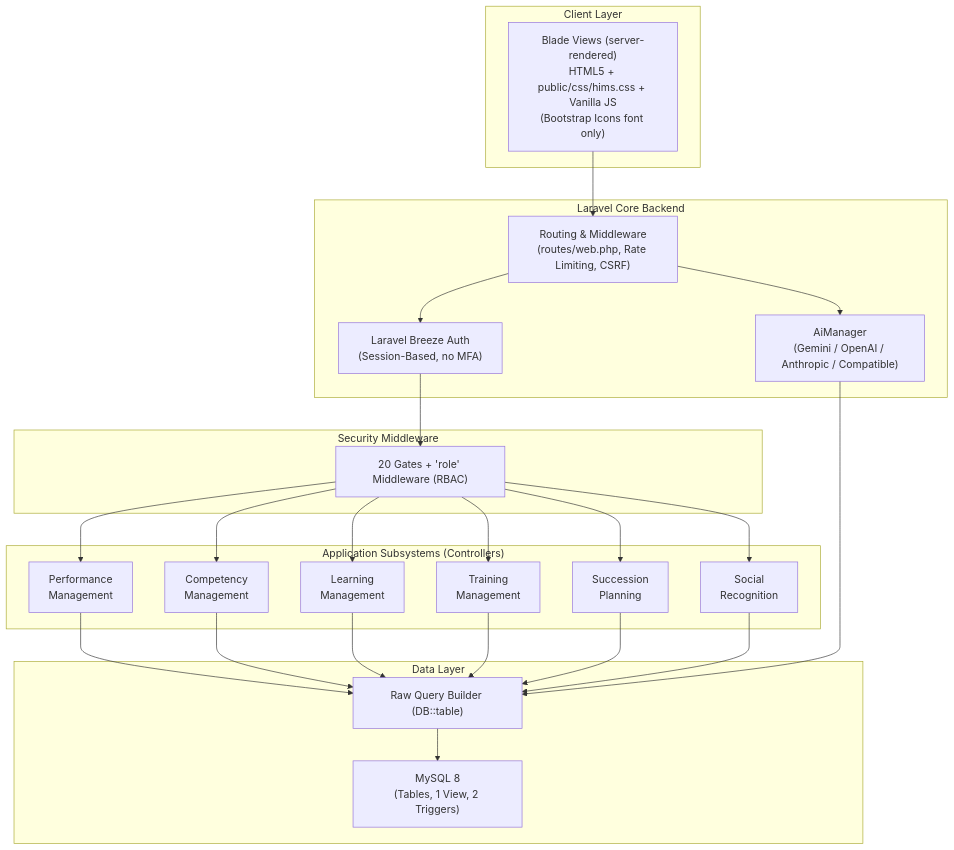
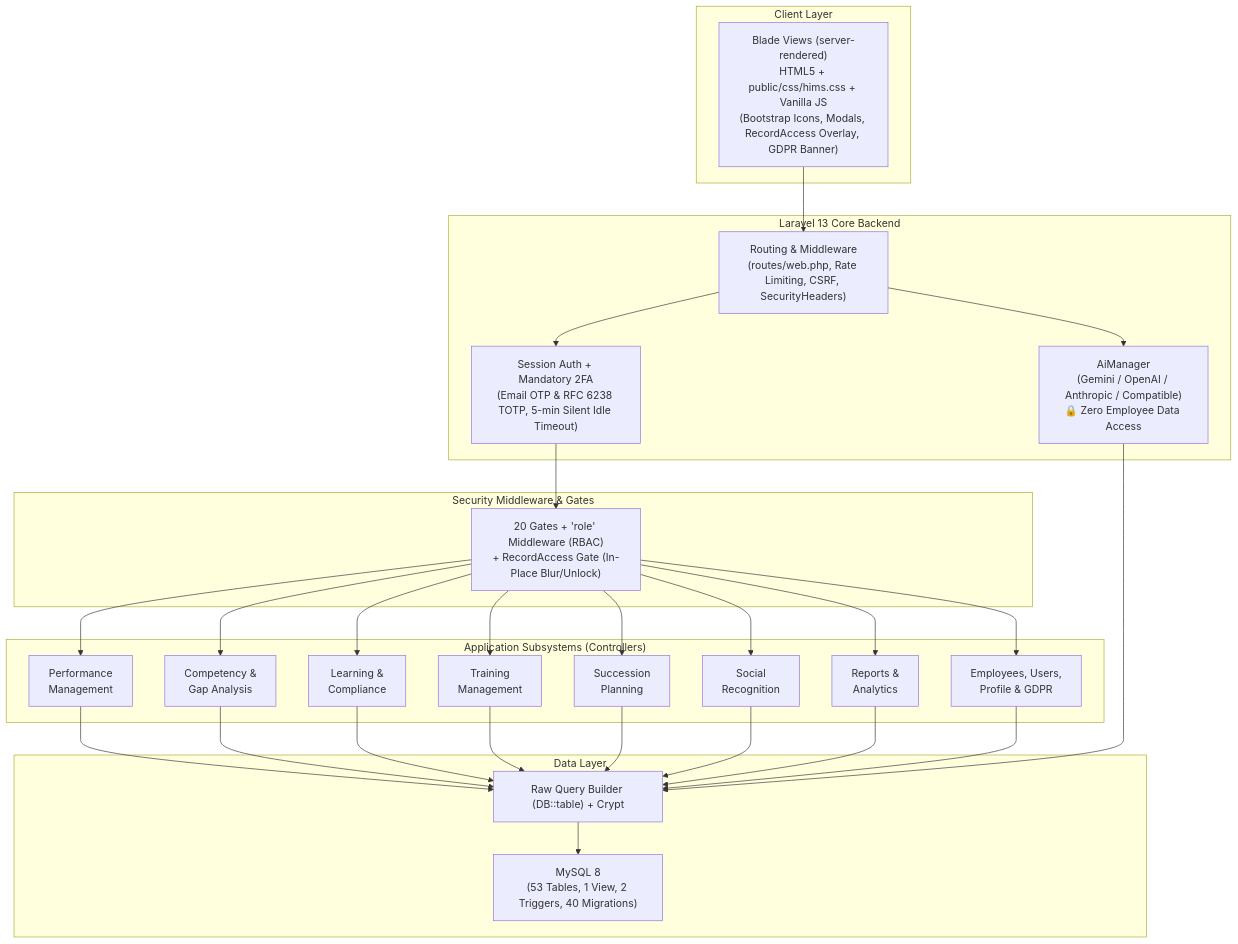
Before and after one commit to shikabane277/HIMS-v2: the first of 3 diagrams in HIMS_SYSTEM_DOCUMENTATION.md, drawn with Mermaid. The commit also changed other lines of this file and 5 other files, not shown here.

Commit message:
docs: synchronize architecture diagrams, ER diagram, security flows, and documentation for v2.6.0

````diff
--- a/HIMS_SYSTEM_DOCUMENTATION.md
+++ b/HIMS_SYSTEM_DOCUMENTATION.md
@@ -21,39 +21,41 @@
 ```mermaid
 graph TB
     subgraph "Client Layer"
-        SPA["Blade Views (server-rendered)<br/>HTML5 + public/css/hims.css + Vanilla JS<br/>(Bootstrap Icons font only)"]
+        SPA["Blade Views (server-rendered)<br/>HTML5 + public/css/hims.css + Vanilla JS<br/>(Bootstrap Icons, Modals, RecordAccess Overlay, GDPR Banner)"]
     end
 
-    subgraph "Laravel Core Backend"
-        GW["Routing & Middleware<br/>(routes/web.php, Rate Limiting, CSRF)"]
-        AUTH["Laravel Breeze Auth<br/>(Session-Based, no MFA)"]
-        INTEG["AiManager<br/>(Gemini / OpenAI / Anthropic / Compatible)"]
+    subgraph "Laravel 13 Core Backend"
+        GW["Routing & Middleware<br/>(routes/web.php, Rate Limiting, CSRF, SecurityHeaders)"]
+        AUTH["Session Auth + Mandatory 2FA<br/>(Email OTP & RFC 6238 TOTP, 5-min Silent Idle Timeout)"]
+        INTEG["AiManager<br/>(Gemini / OpenAI / Anthropic / Compatible)<br/>🔒 Zero Employee Data Access"]
     end
 
     subgraph "Application Subsystems (Controllers)"
         PM["Performance<br/>Management"]
-        CM["Competency<br/>Management"]
-        LM["Learning<br/>Management"]
+        CM["Competency &<br/>Gap Analysis"]
+        LM["Learning &<br/>Compliance"]
         TM["Training<br/>Management"]
         SP["Succession<br/>Planning"]
         SR["Social<br/>Recognition"]
+        RP["Reports &<br/>Analytics"]
+        GD["Employees, Users,<br/>Profile & GDPR"]
     end
 
     subgraph "Data Layer"
-        QB["Raw Query Builder (DB::table)"]
-        MY["MySQL 8<br/>(Tables, 1 View, 2 Triggers)"]
+        QB["Raw Query Builder (DB::table) + Crypt"]
+        MY["MySQL 8<br/>(53 Tables, 1 View, 2 Triggers, 40 Migrations)"]
     end
 
-    subgraph "Security Middleware"
-        RBAC["20 Gates + 'role' Middleware (RBAC)"]
+    subgraph "Security Middleware & Gates"
+        RBAC["20 Gates + 'role' Middleware (RBAC)<br/>+ RecordAccess Gate (In-Place Blur/Unlock)"]
     end
 
     SPA --> GW
     GW --> AUTH
     AUTH --> RBAC
-    RBAC --> PM & CM & LM & TM & SP & SR
+    RBAC --> PM & CM & LM & TM & SP & SR & RP & GD
     GW --> INTEG
-    PM & CM & LM & TM & SP & SR --> QB
+    PM & CM & LM & TM & SP & SR & RP & GD --> QB
     INTEG --> QB
     QB --> MY
 ```
````
